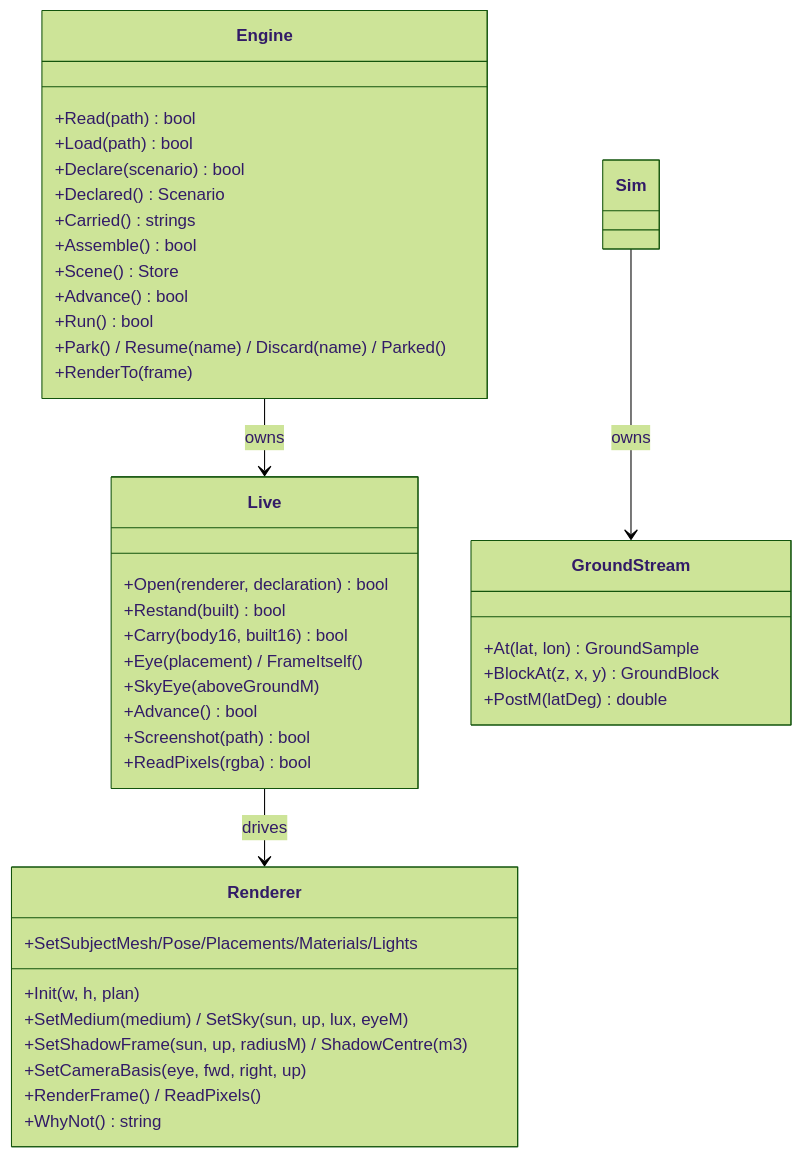
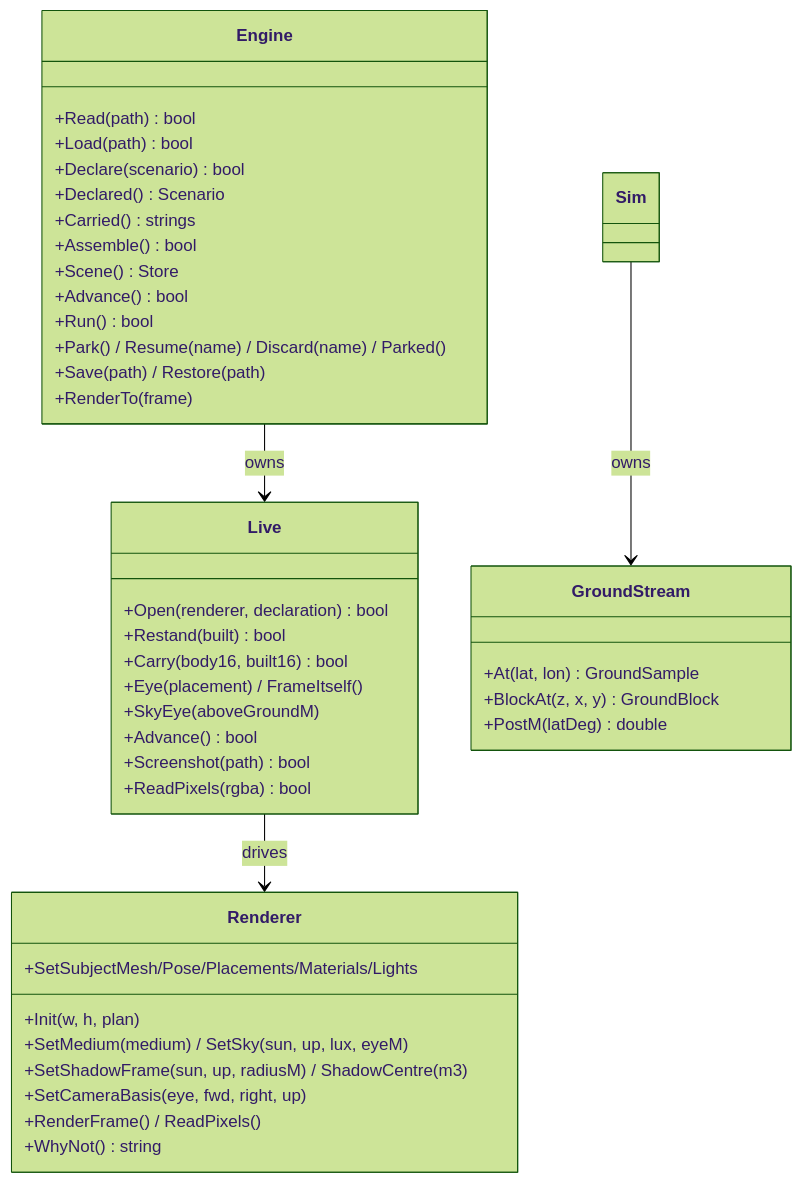
Before and after one commit to Weichwolf/outshine: the eighth of 11 diagrams in CLAUDE.md, drawn with Mermaid (forest theme). The commit also changed 16 other files, not shown here.

````diff
--- a/CLAUDE.md
+++ b/CLAUDE.md
@@ -258,44 +258,45 @@
 ```mermaid
 classDiagram
   direction TB
   class Engine {
     +Read(path) bool
     +Load(path) bool
     +Declare(scenario) bool
     +Declared() Scenario
     +Carried() strings
     +Assemble() bool
     +Scene() Store
     +Advance() bool
     +Run() bool
     +Park() / Resume(name) / Discard(name) / Parked()
+    +Save(path) / Restore(path)
     +RenderTo(frame)
   }
   class Live {
     +Open(renderer, declaration) bool
     +Restand(built) bool
     +Carry(body16, built16) bool
     +Eye(placement) / FrameItself()
     +SkyEye(aboveGroundM)
     +Advance() bool
     +Screenshot(path) bool
     +ReadPixels(rgba) bool
   }
   class Renderer {
     +Init(w, h, plan)
     +SetSubjectMesh/Pose/Placements/Materials/Lights
     +SetMedium(medium) / SetSky(sun, up, lux, eyeM)
     +SetShadowFrame(sun, up, radiusM) / ShadowCentre(m3)
     +SetCameraBasis(eye, fwd, right, up)
     +RenderFrame() / ReadPixels()
     +WhyNot() string
   }
   class GroundStream {
     +At(lat, lon) GroundSample
     +BlockAt(z, x, y) GroundBlock
     +PostM(latDeg) double
   }
   Engine --> Live : owns
   Live --> Renderer : drives
   Sim --> GroundStream : owns
 ```
````
